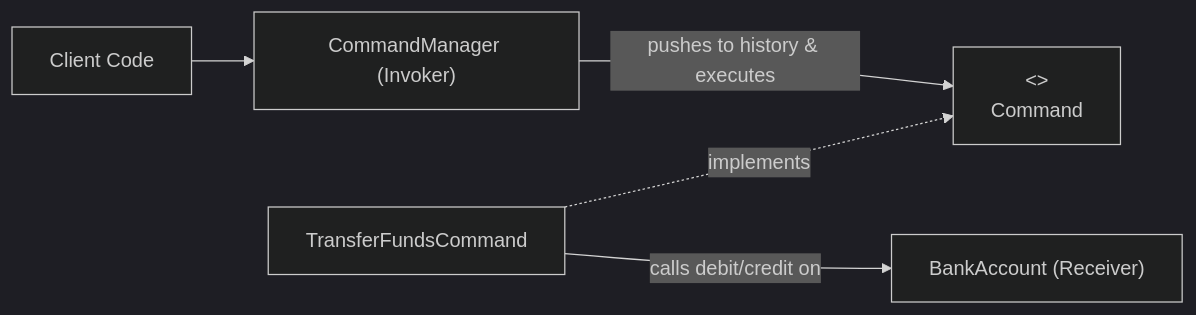
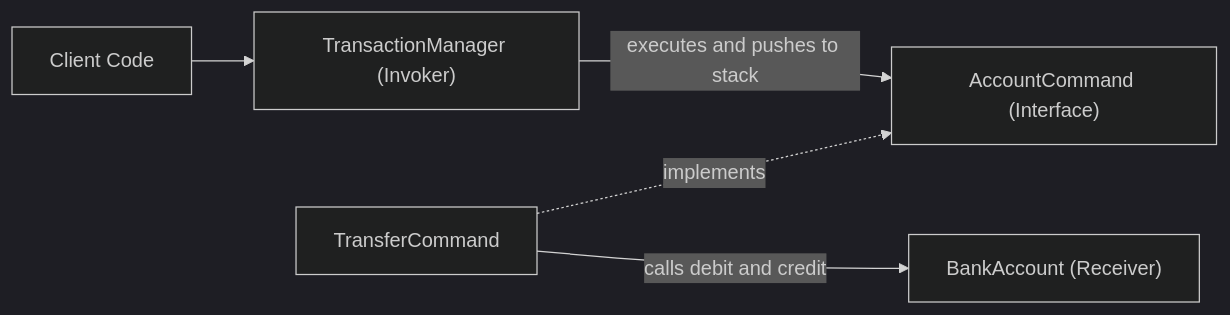
Before and after one commit to ravishankar2463/java_hub: the third of 5 diagrams in content/roadmap/level-6/behavioral-patterns.md, drawn with Mermaid (dark theme). The commit also changed other lines of this file and 119 other files, not shown here.

Commit message:
feat: add comprehensive java learning roadmap content across multiple levels

````diff
--- a/content/roadmap/level-6/behavioral-patterns.md
+++ b/content/roadmap/level-6/behavioral-patterns.md
@@ -218,8 +248,8 @@
 ```mermaid
 flowchart LR
-    Client["Client Code"] --> Invoker["CommandManager (Invoker)"]
-    Invoker -->|pushes to history & executes| Command["<<interface>><br/>Command"]
-    
-    ConcreteCmd["TransferFundsCommand"] -.->|implements| Command
-    ConcreteCmd -->|calls debit/credit on| Receiver["BankAccount (Receiver)"]
+    Client["Client Code"] --> Invoker["TransactionManager (Invoker)"]
+    Invoker -->|"executes and pushes to stack"| Command["AccountCommand (Interface)"]
+
+    ConcreteCmd["TransferCommand"] -.->|"implements"| Command
+    ConcreteCmd -->|"calls debit and credit"| Receiver["BankAccount (Receiver)"]
 ```
````
